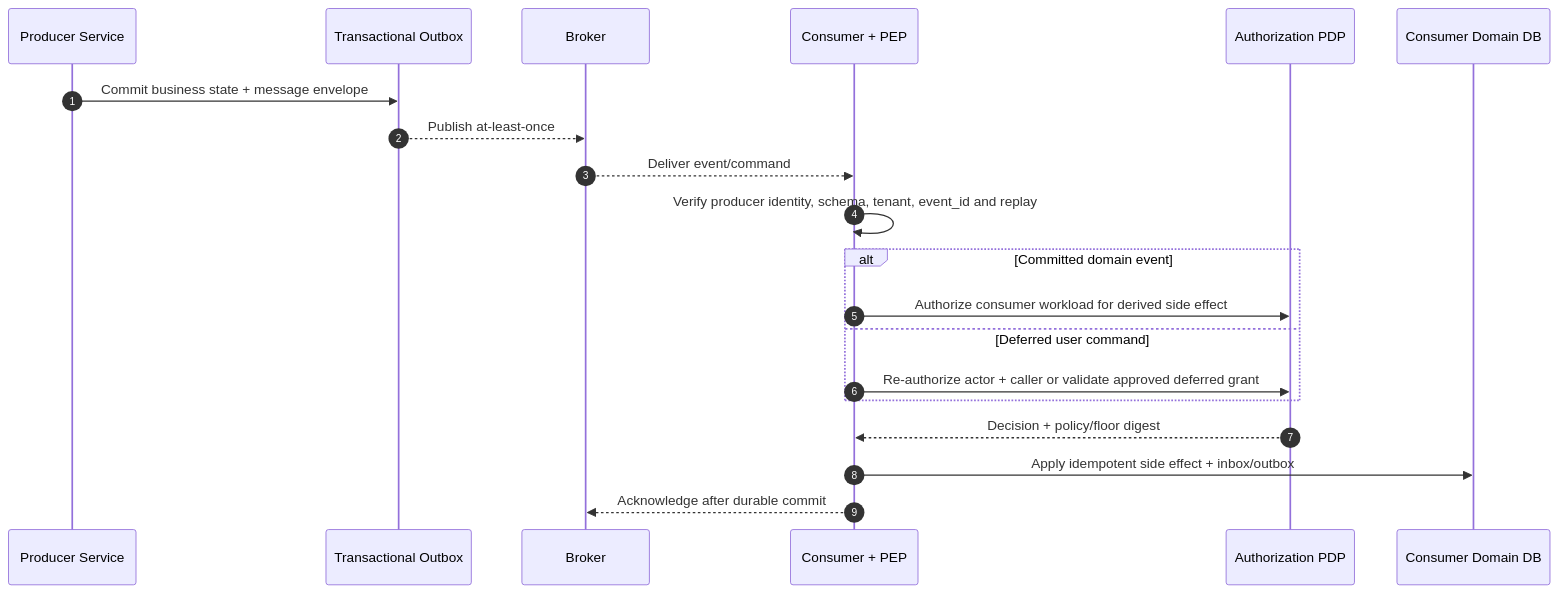
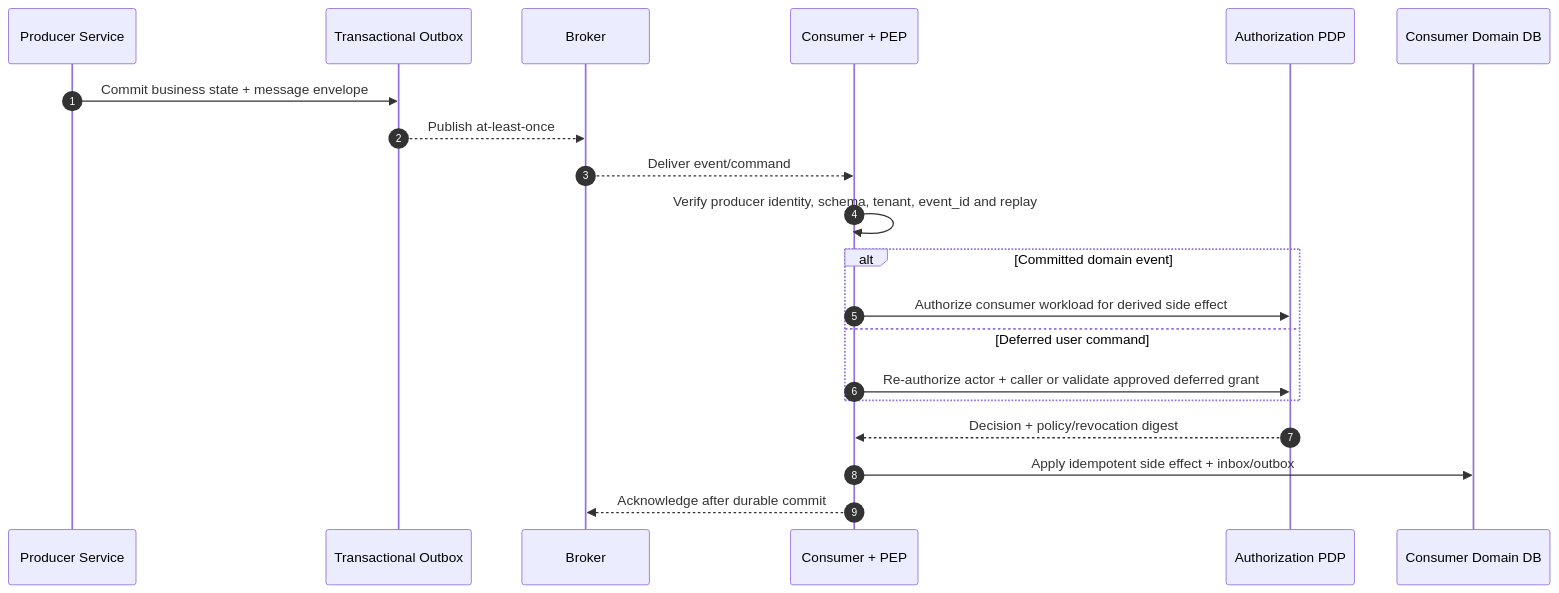
Diagram 13 of 16 in zero-trust.md (huynv-xyz/vhm), drawn with Mermaid before and after one commit. The commit also changed other lines of this file, not shown here.

````diff
--- a/zero-trust.md
+++ b/zero-trust.md
@@ -1012,23 +1316,23 @@
 ```mermaid
 sequenceDiagram
     autonumber
     participant P as Producer Service
     participant O as Transactional Outbox
     participant B as Broker
     participant C as Consumer + PEP
     participant A as Authorization PDP
     participant D as Consumer Domain DB
 
     P->>O: Commit business state + message envelope
     O-->>B: Publish at-least-once
     B-->>C: Deliver event/command
     C->>C: Verify producer identity, schema, tenant, event_id and replay
     alt Committed domain event
         C->>A: Authorize consumer workload for derived side effect
     else Deferred user command
         C->>A: Re-authorize actor + caller or validate approved deferred grant
     end
-    A-->>C: Decision + policy/floor digest
+    A-->>C: Decision + policy/revocation digest
     C->>D: Apply idempotent side effect + inbox/outbox
     C-->>B: Acknowledge after durable commit
 ```
````
